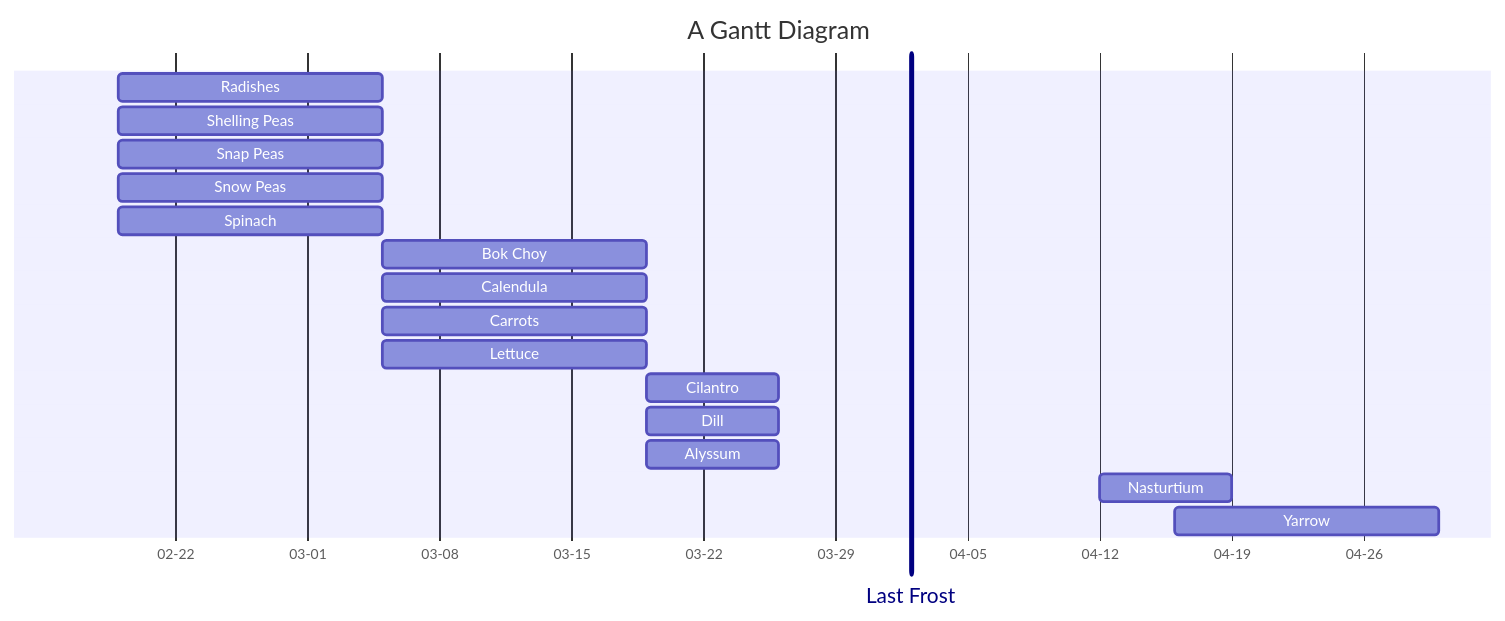
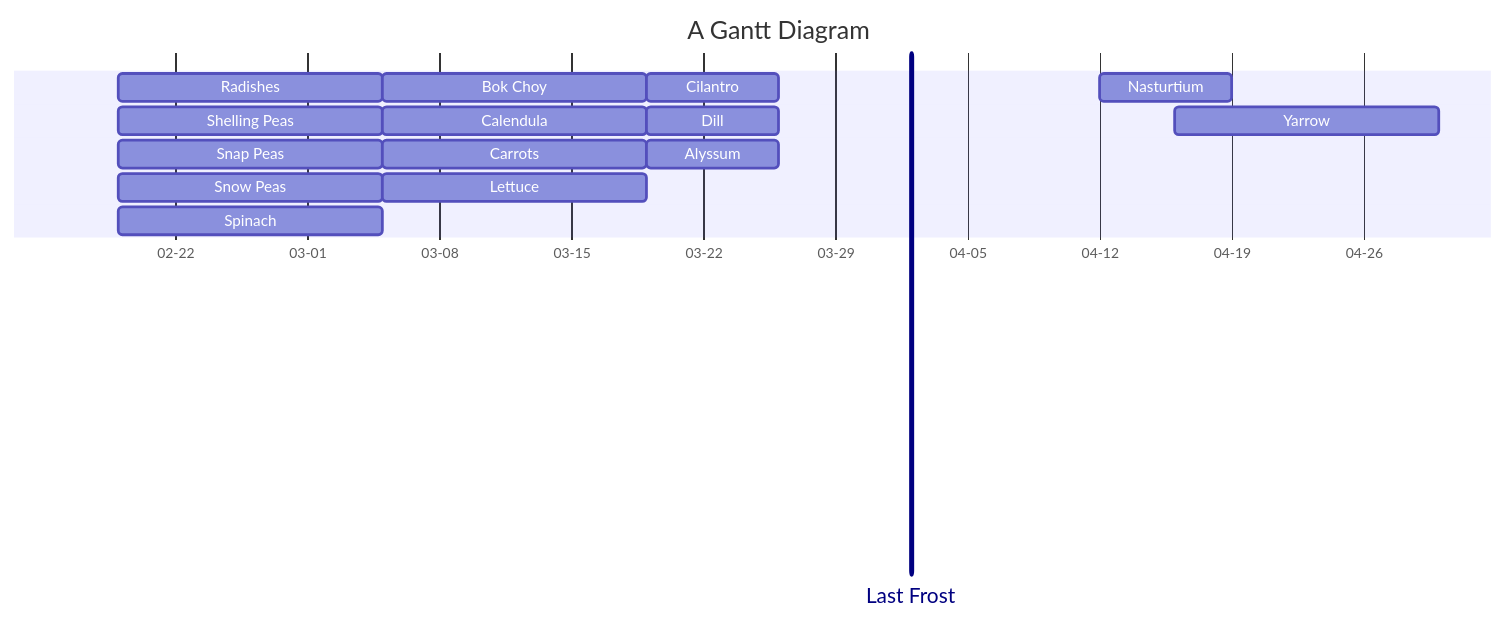
The diagram in 2026-planting-schedule.md (bjenning04/foam), drawn with Mermaid before and after one commit.

Commit message:
Feb 21, 2026, 8:50 PM

````diff
--- a/2026-planting-schedule.md
+++ b/2026-planting-schedule.md
@@ -3,21 +3,24 @@
 ```mermaid
+---
+displayMode: compact
+---
 gantt
     title A Gantt Diagram
     dateFormat YYYY-MM-DD
     axisFormat %m-%d
+    Last Frost: vert, v1, 2026-04-02,
     Radishes: 2026-02-19, 14d
     Shelling Peas: 2026-02-19, 14d
     Snap Peas: 2026-02-19, 14d
     Snow Peas: 2026-02-19, 14d
     Spinach: 2026-02-19, 14d
     Bok Choy: 2026-03-05, 14d
     Calendula: 2026-03-05, 14d
     Carrots: 2026-03-05, 14d
     Lettuce: 2026-03-05, 14d
     Cilantro: 2026-03-19, 7d
     Dill: 2026-03-19, 7d
     Alyssum: 2026-03-19, 7d
     Nasturtium: 2026-04-12, 7d
     Yarrow: 2026-04-16, 14d
-    Last Frost: vert, v1, 2026-04-02,
 ```
````
